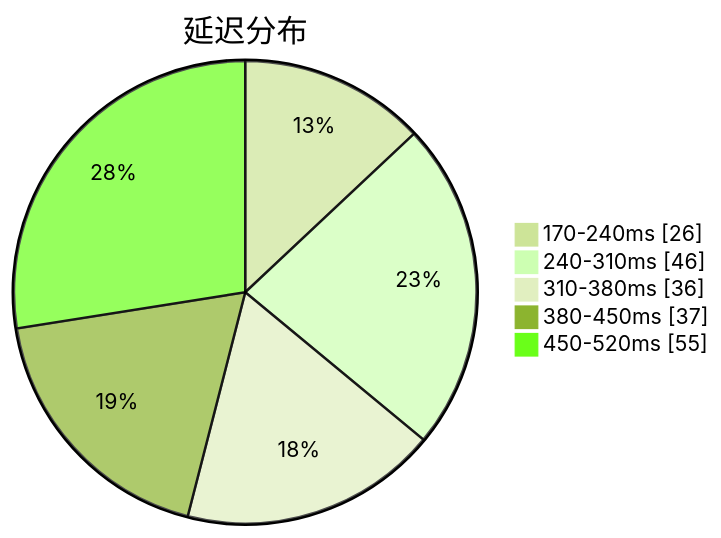
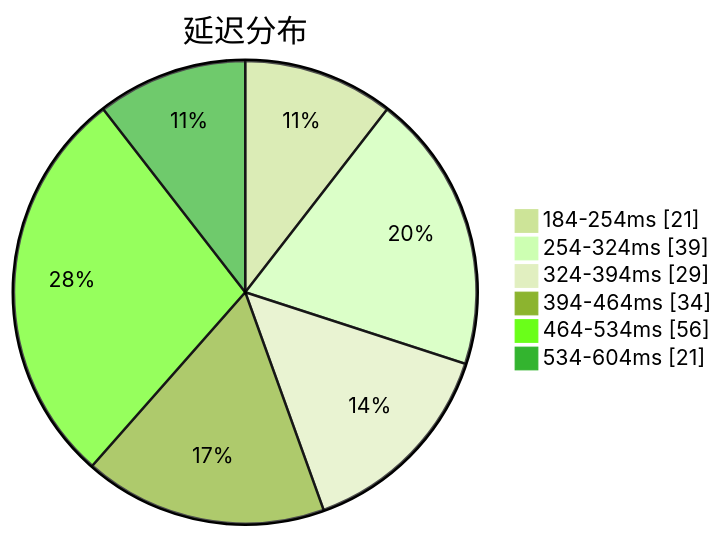
One commit to qjlxg/airport changed the first of 3 diagrams in subs/statistics/tested_within.md. Above: the diagram before and after it, drawn with Mermaid (forest theme). The commit also changed other lines of this file and 2 other files, not shown here.

````diff
--- a/subs/statistics/tested_within.md
+++ b/subs/statistics/tested_within.md
@@ -2,9 +2,10 @@
 ```mermaid
 pie showData
 title 延迟分布
-"170-240ms" : 26
-"240-310ms" : 46
-"310-380ms" : 36
-"380-450ms" : 37
-"450-520ms" : 55
+"184-254ms" : 21
+"254-324ms" : 39
+"324-394ms" : 29
+"394-464ms" : 34
+"464-534ms" : 56
+"534-604ms" : 21
 ```
````
